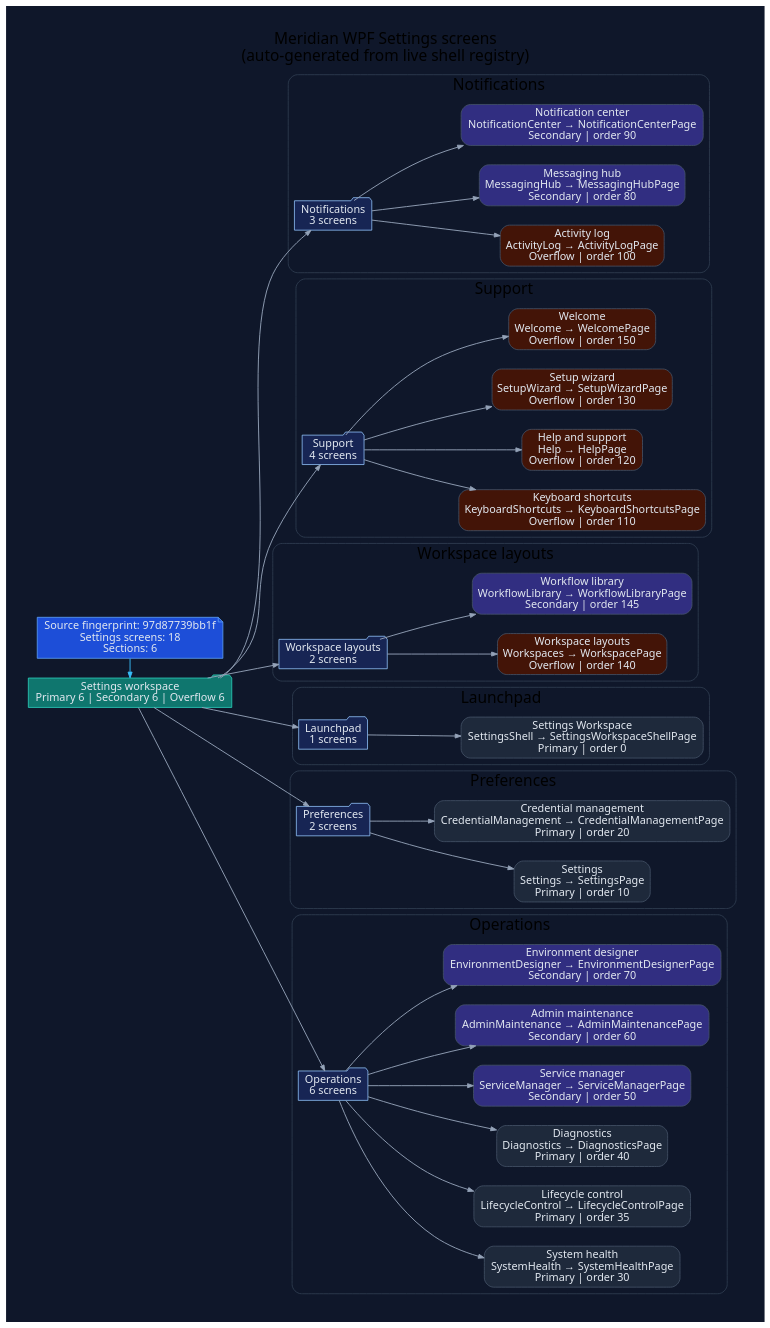
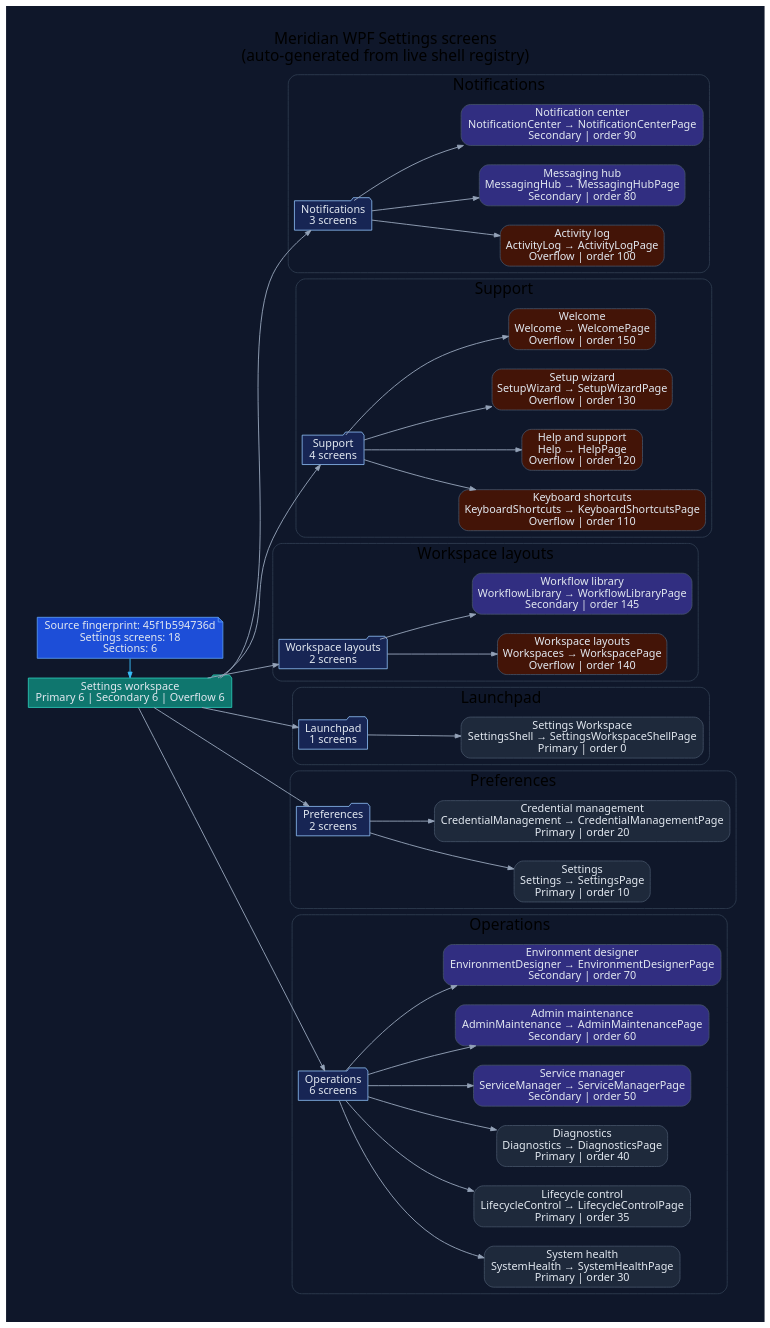
Before and after one commit to rodoHasArrived/Meridian-main: the diagram in docs/diagrams/ui/ui-wpf-screens-settings.dot, drawn with Graphviz. The commit also changed 43 other files, not shown here.

First line of the commit message:
docs(diagrams): regenerate for the WPF source fingerprint

```diff
--- a/docs/diagrams/ui/ui-wpf-screens-settings.dot
+++ b/docs/diagrams/ui/ui-wpf-screens-settings.dot
@@ -1,110 +1,110 @@
 // -----------------------------------------------------------------------------
 // <auto-generated>
 // Generated by scripts/generate-diagrams.mjs.
 // Do not edit this file directly; update the WPF source files instead.
 // -----------------------------------------------------------------------------
 digraph WpfSettingsScreens {
   graph [
     rankdir=LR,
     labelloc=t,
     label="Meridian WPF Settings screens\n(auto-generated from live shell registry)",
     fontname="Segoe UI",
     fontsize=20,
     pad=0.4,
     nodesep=0.35,
     ranksep=0.85,
     bgcolor="#0f172a"
   ];
   node [fontname="Segoe UI", shape=box, style="rounded,filled", color="#475569", fontcolor="#e2e8f0", fillcolor="#1e293b"];
   edge [fontname="Segoe UI", color="#94a3b8", penwidth=1.2, arrowsize=0.75];
 
-  generated [shape=note, fillcolor="#1d4ed8", color="#60a5fa", label="Source fingerprint: 97d87739bb1f\nSettings screens: 18\nSections: 6"];
+  generated [shape=note, fillcolor="#1d4ed8", color="#60a5fa", label="Source fingerprint: 45f1b594736d\nSettings screens: 18\nSections: 6"];
   workspace [shape=folder, fillcolor="#0f766e", color="#2dd4bf", label="Settings workspace\nPrimary 6 | Secondary 6 | Overflow 6"];
   generated -> workspace [color="#38bdf8"];
 
   subgraph cluster_section_1 {
     label="Notifications";
     color="#334155";
     style="rounded";
     section_1 [shape=folder, fillcolor="#172554", color="#93c5fd", label="Notifications\n3 screens"];
     workspace -> section_1;
     screen_ActivityLog [fillcolor="#431407", label="Activity log\nActivityLog → ActivityLogPage\nOverflow | order 100"];
     section_1 -> screen_ActivityLog;
     screen_MessagingHub [fillcolor="#312e81", label="Messaging hub\nMessagingHub → MessagingHubPage\nSecondary | order 80"];
     section_1 -> screen_MessagingHub;
     screen_NotificationCenter [fillcolor="#312e81", label="Notification center\nNotificationCenter → NotificationCenterPage\nSecondary | order 90"];
     section_1 -> screen_NotificationCenter;
   }
 
   subgraph cluster_section_2 {
     label="Support";
     color="#334155";
     style="rounded";
     section_2 [shape=folder, fillcolor="#172554", color="#93c5fd", label="Support\n4 screens"];
     workspace -> section_2;
     screen_KeyboardShortcuts [fillcolor="#431407", label="Keyboard shortcuts\nKeyboardShortcuts → KeyboardShortcutsPage\nOverflow | order 110"];
     section_2 -> screen_KeyboardShortcuts;
     screen_Help [fillcolor="#431407", label="Help and support\nHelp → HelpPage\nOverflow | order 120"];
     section_2 -> screen_Help;
     screen_SetupWizard [fillcolor="#431407", label="Setup wizard\nSetupWizard → SetupWizardPage\nOverflow | order 130"];
     section_2 -> screen_SetupWizard;
     screen_Welcome [fillcolor="#431407", label="Welcome\nWelcome → WelcomePage\nOverflow | order 150"];
     section_2 -> screen_Welcome;
   }
 
   subgraph cluster_section_3 {
     label="Workspace layouts";
     color="#334155";
     style="rounded";
     section_3 [shape=folder, fillcolor="#172554", color="#93c5fd", label="Workspace layouts\n2 screens"];
     workspace -> section_3;
     screen_Workspaces [fillcolor="#431407", label="Workspace layouts\nWorkspaces → WorkspacePage\nOverflow | order 140"];
     section_3 -> screen_Workspaces;
     screen_WorkflowLibrary [fillcolor="#312e81", label="Workflow library\nWorkflowLibrary → WorkflowLibraryPage\nSecondary | order 145"];
     section_3 -> screen_WorkflowLibrary;
   }
 
   subgraph cluster_section_4 {
     label="Launchpad";
     color="#334155";
     style="rounded";
     section_4 [shape=folder, fillcolor="#172554", color="#93c5fd", label="Launchpad\n1 screens"];
     workspace -> section_4;
     screen_SettingsShell [fillcolor="#1e293b", label="Settings Workspace\nSettingsShell → SettingsWorkspaceShellPage\nPrimary | order 0"];
     section_4 -> screen_SettingsShell;
   }
 
   subgraph cluster_section_5 {
     label="Preferences";
     color="#334155";
     style="rounded";
     section_5 [shape=folder, fillcolor="#172554", color="#93c5fd", label="Preferences\n2 screens"];
     workspace -> section_5;
     screen_Settings [fillcolor="#1e293b", label="Settings\nSettings → SettingsPage\nPrimary | order 10"];
     section_5 -> screen_Settings;
     screen_CredentialManagement [fillcolor="#1e293b", label="Credential management\nCredentialManagement → CredentialManagementPage\nPrimary | order 20"];
     section_5 -> screen_CredentialManagement;
   }
 
   subgraph cluster_section_6 {
     label="Operations";
     color="#334155";
     style="rounded";
     section_6 [shape=folder, fillcolor="#172554", color="#93c5fd", label="Operations\n6 screens"];
     workspace -> section_6;
     screen_SystemHealth [fillcolor="#1e293b", label="System health\nSystemHealth → SystemHealthPage\nPrimary | order 30"];
     section_6 -> screen_SystemHealth;
     screen_LifecycleControl [fillcolor="#1e293b", label="Lifecycle control\nLifecycleControl → LifecycleControlPage\nPrimary | order 35"];
     section_6 -> screen_LifecycleControl;
     screen_Diagnostics [fillcolor="#1e293b", label="Diagnostics\nDiagnostics → DiagnosticsPage\nPrimary | order 40"];
     section_6 -> screen_Diagnostics;
     screen_ServiceManager [fillcolor="#312e81", label="Service manager\nServiceManager → ServiceManagerPage\nSecondary | order 50"];
     section_6 -> screen_ServiceManager;
     screen_AdminMaintenance [fillcolor="#312e81", label="Admin maintenance\nAdminMaintenance → AdminMaintenancePage\nSecondary | order 60"];
     section_6 -> screen_AdminMaintenance;
     screen_EnvironmentDesigner [fillcolor="#312e81", label="Environment designer\nEnvironmentDesigner → EnvironmentDesignerPage\nSecondary | order 70"];
     section_6 -> screen_EnvironmentDesigner;
   }
 
   { rank=min; generated; workspace; }
 }
```
